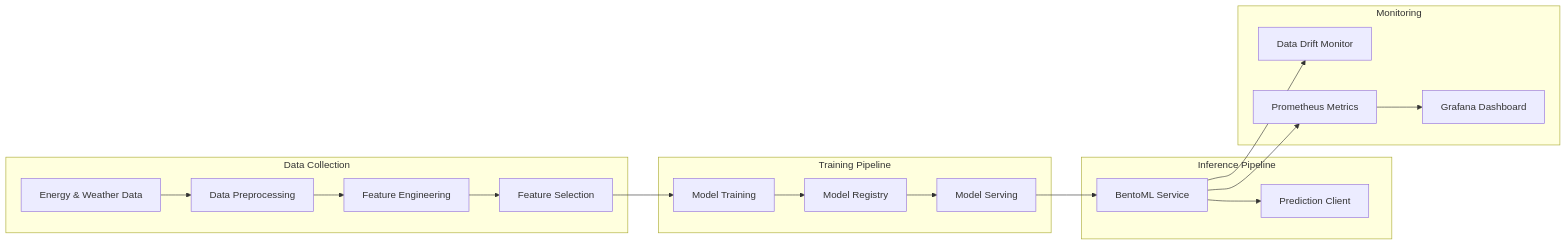
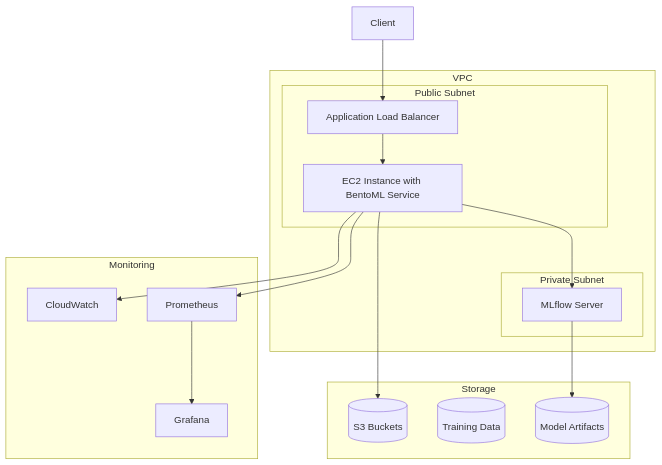
The diagram in README.md (uma1r111/MLOps-ENERGY-Project), drawn with Mermaid before and after one commit. The commit also changed other lines of this file and 1 other file, not shown here.

Commit message:
read me file updated

````diff
--- a/README.md
+++ b/README.md
@@ -9,25 +101,34 @@
 ```mermaid
-graph LR
-    subgraph Data Collection
-        A[Energy & Weather Data] --> B[Data Preprocessing]
-        B --> C[Feature Engineering]
-        C --> D[Feature Selection]
+graph TB
+    subgraph VPC
+        subgraph Public Subnet
+            ALB[Application Load Balancer]
+            EC2[EC2 Instance with BentoML Service]
+        end
+        
+        subgraph Private Subnet
+            MLflow[MLflow Server]
+        end
     end
     
-    subgraph Training Pipeline
-        D --> E[Model Training]
-        E --> F[Model Registry]
-        F --> G[Model Serving]
-    end
-    
-    subgraph Inference Pipeline
-        G --> H[BentoML Service]
-        H --> I[Prediction Client]
+    subgraph Storage
+        S3[(S3 Buckets)]
+        S3_Data[(Training Data)]
+        S3_Models[(Model Artifacts)]
     end
     
     subgraph Monitoring
-        H --> J[Data Drift Monitor]
-        H --> K[Prometheus Metrics]
-        K --> L[Grafana Dashboard]
+        CW[CloudWatch]
+        Prom[Prometheus]
+        Graf[Grafana]
     end
+    
+    Client-->ALB
+    ALB-->EC2
+    EC2-->S3
+    EC2-->MLflow
+    EC2-->CW
+    MLflow-->S3_Models
+    EC2-->Prom
+    Prom-->Graf
 ```
````
